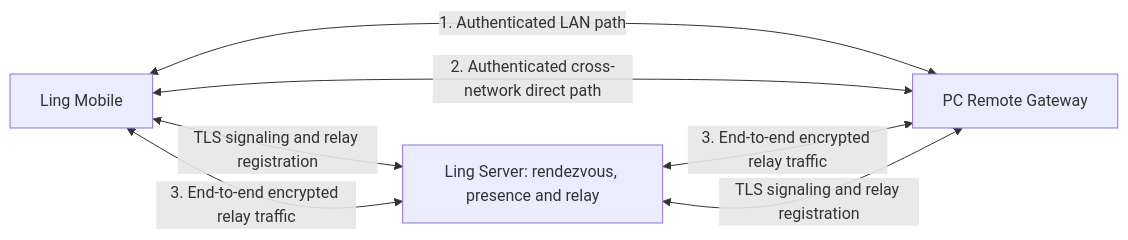
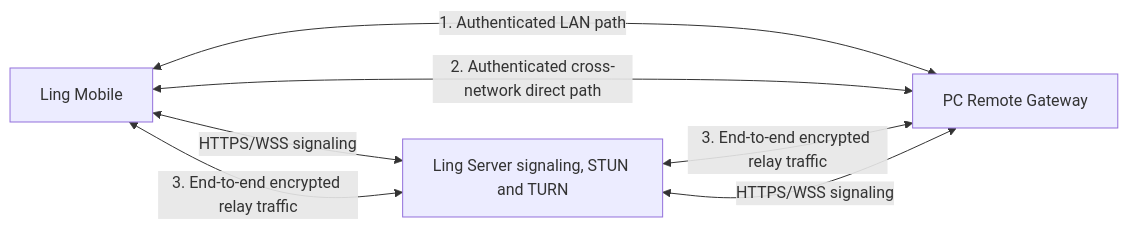
One commit to ling-stack-org/ling-stack changed the third of 6 diagrams in docs/design/ling-device-developer-execution.md. Above: the diagram before and after it, drawn with Mermaid. The commit also changed other lines of this file and 9 other files, not shown here.

Commit message:
docs: design first-party Ling Server connectivity

````diff
--- a/docs/design/ling-device-developer-execution.md
+++ b/docs/design/ling-device-developer-execution.md
@@ -208,12 +203,12 @@
 ```mermaid
 flowchart LR
   Phone["Ling Mobile"]
   Gateway["PC Remote Gateway"]
-  Server["Ling Server: rendezvous, presence and relay"]
-  Phone <-->|"TLS signaling and relay registration"| Server
-  Gateway <-->|"TLS signaling and relay registration"| Server
+  Server["Ling Server signaling, STUN and TURN"]
+  Phone <-->|"HTTPS/WSS signaling"| Server
+  Gateway <-->|"HTTPS/WSS signaling"| Server
   Phone <-->|"1. Authenticated LAN path"| Gateway
   Phone <-->|"2. Authenticated cross-network direct path"| Gateway
   Phone <-->|"3. End-to-end encrypted relay traffic"| Server
   Server <-->|"3. End-to-end encrypted relay traffic"| Gateway
 ```
````
